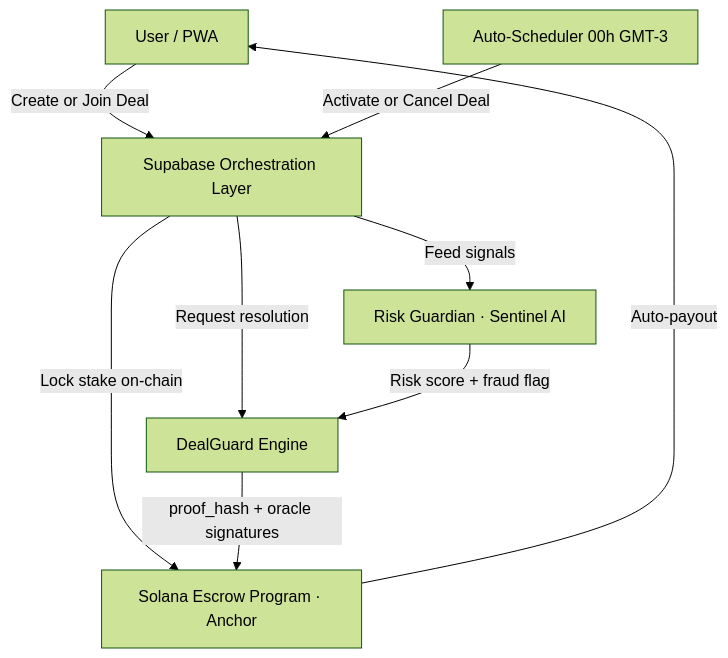
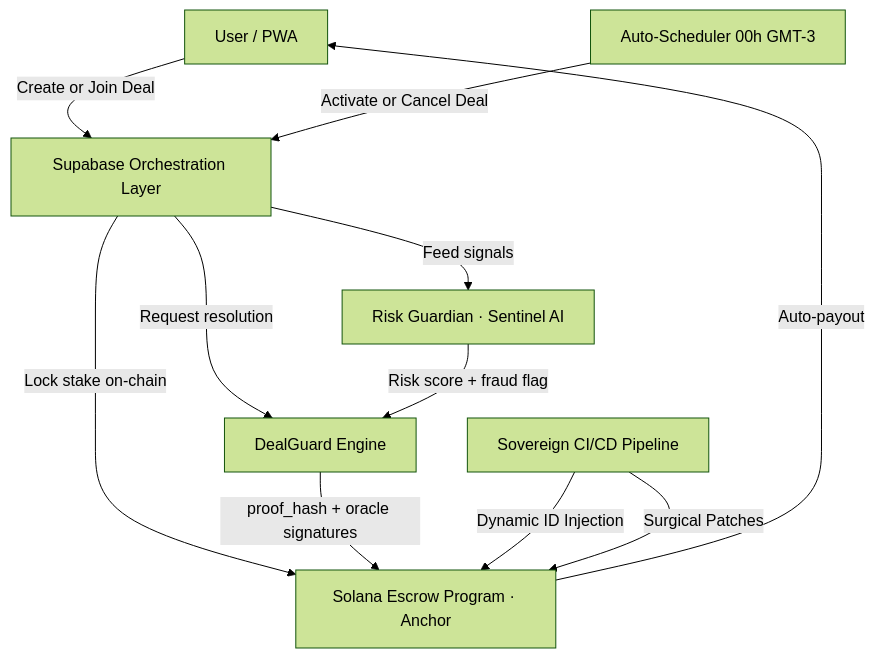
Before and after one commit to lkr0102/truedeal: the diagram in docs/01_ARCHITECTURE.md, drawn with Mermaid (forest theme). The commit also changed other lines of this file and 3 other files, not shown here.

````diff
--- a/docs/01_ARCHITECTURE.md
+++ b/docs/01_ARCHITECTURE.md
@@ -11,14 +11,17 @@
 ```mermaid
 graph TD
     User[User / PWA] -->|Create or Join Deal| Backend[Supabase Orchestration Layer]
     Scheduler[Auto-Scheduler 00h GMT-3] -->|Activate or Cancel Deal| Backend
     Backend -->|Lock stake on-chain| Solana[Solana Escrow Program · Anchor]
 
     Backend -->|Feed signals| RG[Risk Guardian · Sentinel AI]
     Backend -->|Request resolution| DG[DealGuard Engine]
 
     RG -->|Risk score + fraud flag| DG
     DG -->|proof_hash + oracle signatures| Solana
 
     Solana -->|Auto-payout| User
+
+    CI[Sovereign CI/CD Pipeline] -->|Dynamic ID Injection| Solana
+    CI -->|Surgical Patches| Solana
 ```
````
